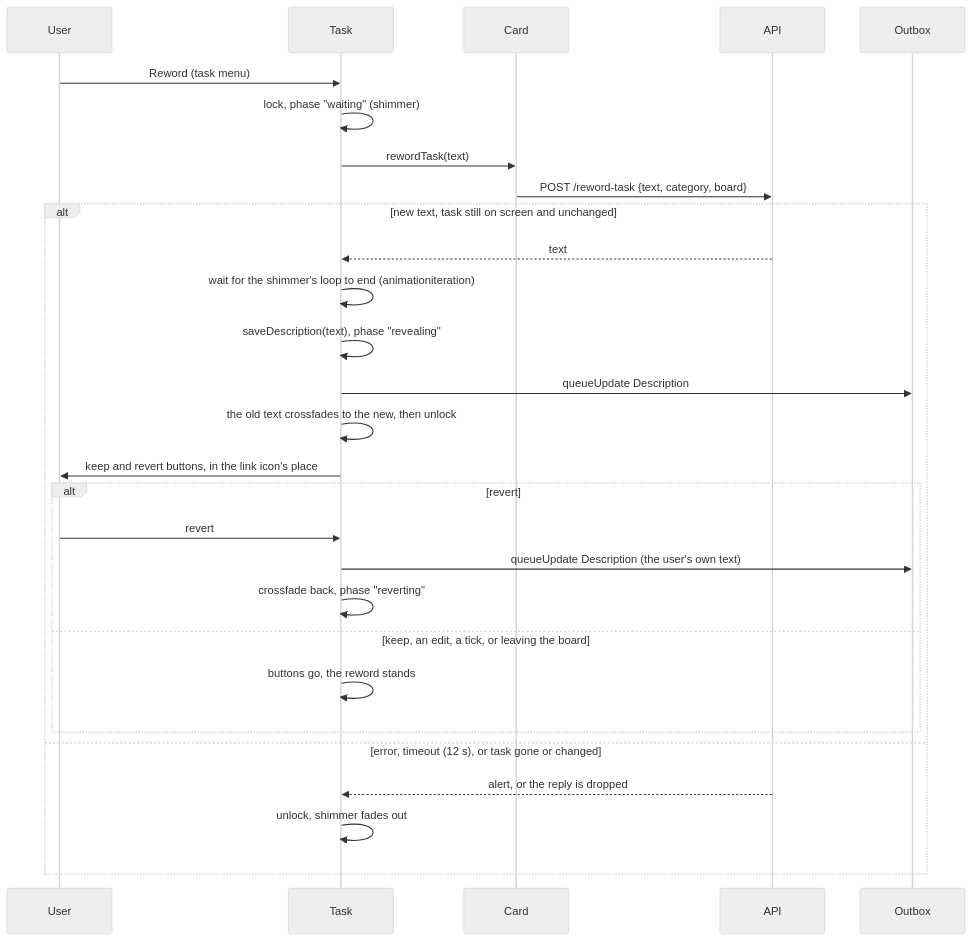
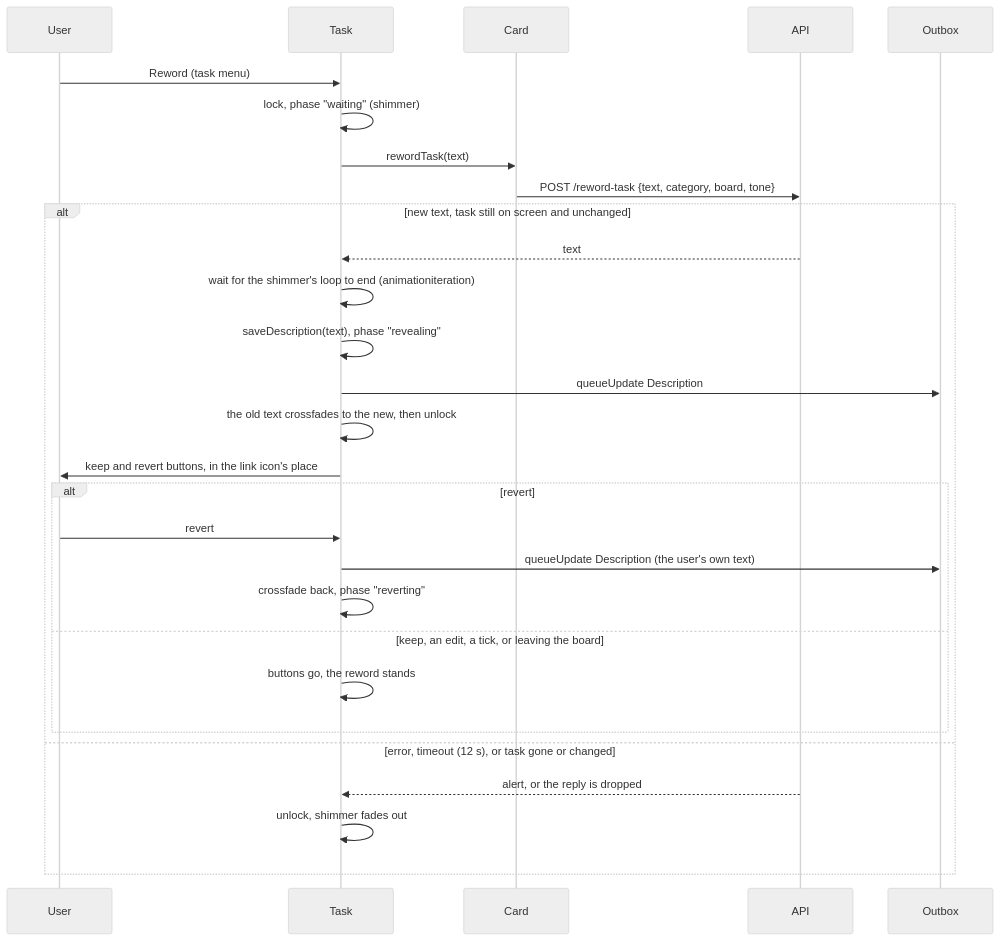
One commit to TomBenjaminMorris/listpal-frontend changed the eighth of 11 diagrams in ARCHITECTURE.md. Above: the diagram before and after it, drawn with Mermaid (neutral theme). The commit also changed other lines of this file and 8 other files, not shown here.

First line of the commit message:
Let users choose a reword tone in Settings

````diff
--- a/ARCHITECTURE.md
+++ b/ARCHITECTURE.md
@@ -351,31 +355,31 @@
 ```mermaid
 sequenceDiagram
     participant U as User
     participant T as Task
     participant C as Card
     participant A as API
     participant O as Outbox
 
     U->>T: Reword (task menu)
     T->>T: lock, phase "waiting" (shimmer)
     T->>C: rewordTask(text)
-    C->>A: POST /reword-task {text, category, board}
+    C->>A: POST /reword-task {text, category, board, tone}
     alt new text, task still on screen and unchanged
         A-->>T: text
         T->>T: wait for the shimmer's loop to end (animationiteration)
         T->>T: saveDescription(text), phase "revealing"
         T->>O: queueUpdate Description
         T->>T: the old text crossfades to the new, then unlock
         T->>U: keep and revert buttons, in the link icon's place
         alt revert
             U->>T: revert
             T->>O: queueUpdate Description (the user's own text)
             T->>T: crossfade back, phase "reverting"
         else keep, an edit, a tick, or leaving the board
             T->>T: buttons go, the reword stands
         end
     else error, timeout (12 s), or task gone or changed
         A-->>T: alert, or the reply is dropped
         T->>T: unlock, shimmer fades out
     end
 ```
````
